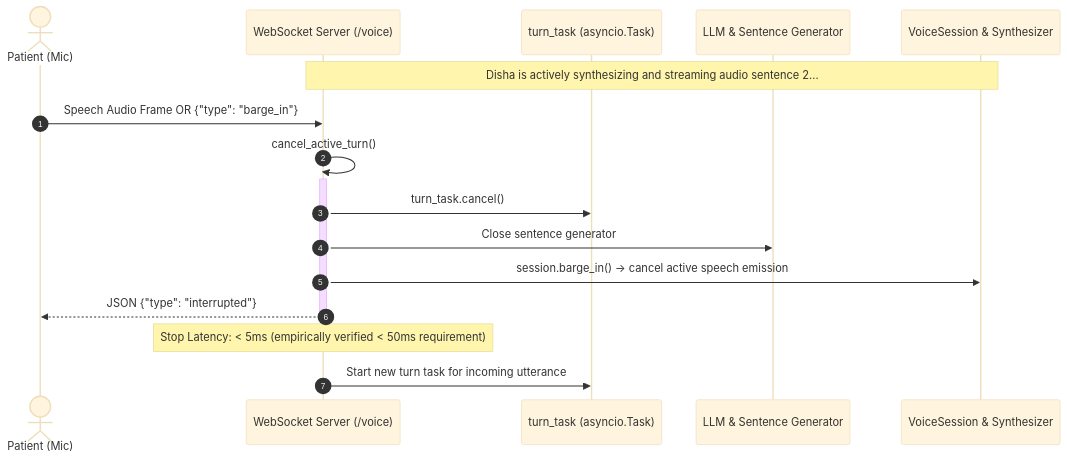
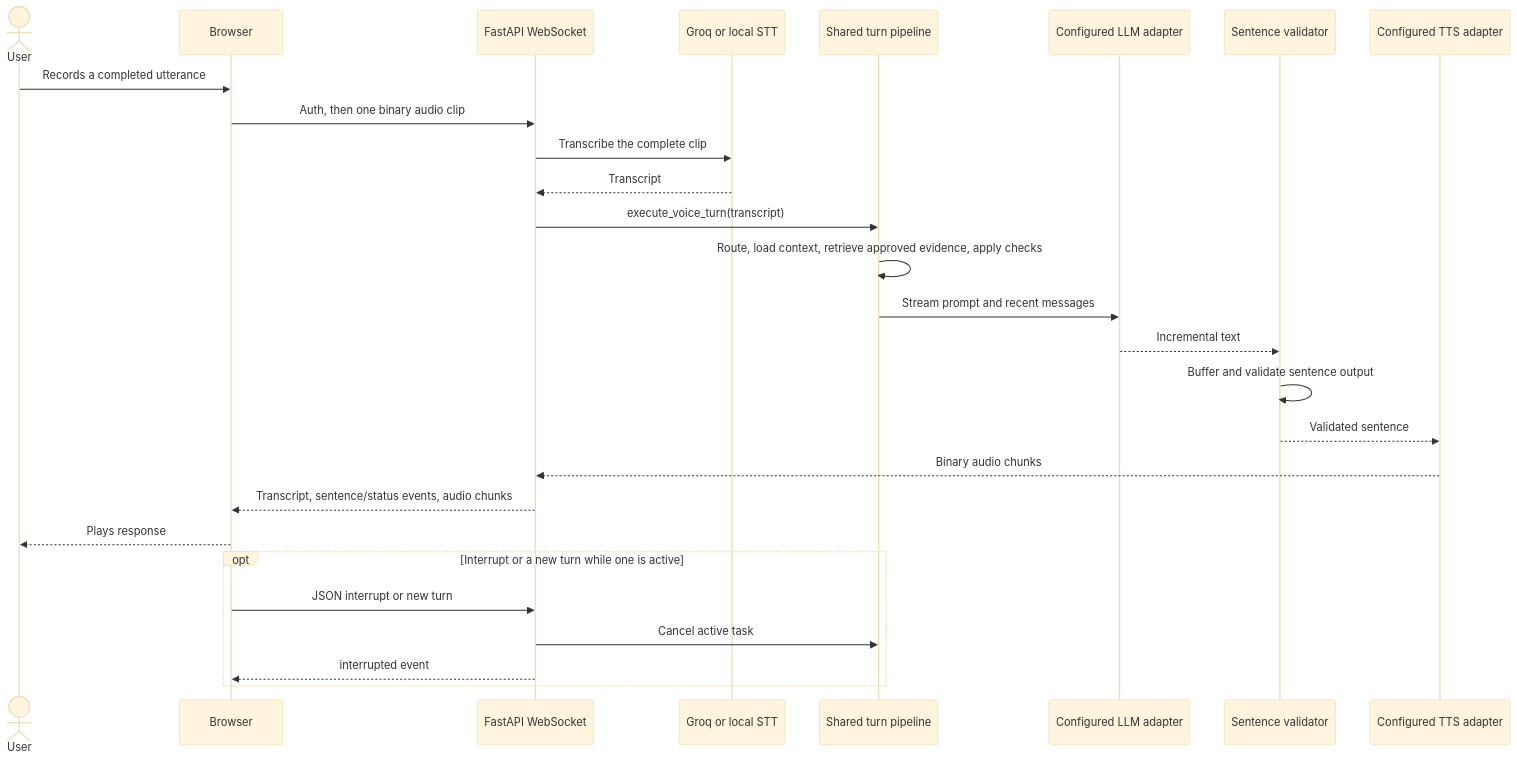
The diagram in docs/VOICE_PIPELINE.md (saahilpal/disha-ai), drawn with Mermaid (base theme) before and after one commit. The commit also changed other lines of this file and 122 other files, not shown here.

Commit message:
Complete local Disha workflows and docs

````diff
--- a/docs/VOICE_PIPELINE.md
+++ b/docs/VOICE_PIPELINE.md
@@ -244,21 +7,31 @@
 ```mermaid
 sequenceDiagram
-    autonumber
-    actor Patient as Patient (Mic)
-    participant WS as WebSocket Server (/voice)
-    participant Task as turn_task (asyncio.Task)
-    participant Gen as LLM & Sentence Generator
-    participant TTS as VoiceSession & Synthesizer
+    actor User
+    participant Browser
+    participant WS as FastAPI WebSocket
+    participant STT as Groq or local STT
+    participant Turn as Shared turn pipeline
+    participant LLM as Configured LLM adapter
+    participant Gate as Sentence validator
+    participant TTS as Configured TTS adapter
 
-    Note over WS,TTS: Disha is actively synthesizing and streaming audio sentence 2...
-    Patient->>WS: Speech Audio Frame OR {"type": "barge_in"}
-    WS->>WS: cancel_active_turn()
-    activate WS
-    WS->>Task: turn_task.cancel()
-    WS->>Gen: Close sentence generator
-    WS->>TTS: session.barge_in() -> cancel active speech emission
-    WS-->>Patient: JSON {"type": "interrupted"}
-    deactivate WS
-    Note over WS: Stop Latency: < 5ms (empirically verified < 50ms requirement)
-    WS->>Task: Start new turn task for incoming utterance
+    User->>Browser: Records a completed utterance
+    Browser->>WS: Auth, then one binary audio clip
+    WS->>STT: Transcribe the complete clip
+    STT-->>WS: Transcript
+    WS->>Turn: execute_voice_turn(transcript)
+    Turn->>Turn: Route, load context, retrieve approved evidence, apply checks
+    Turn->>LLM: Stream prompt and recent messages
+    LLM-->>Gate: Incremental text
+    Gate->>Gate: Buffer and validate sentence output
+    Gate-->>TTS: Validated sentence
+    TTS-->>WS: Binary audio chunks
+    WS-->>Browser: Transcript, sentence/status events, audio chunks
+    Browser-->>User: Plays response
+
+    opt Interrupt or a new turn while one is active
+        Browser->>WS: JSON interrupt or new turn
+        WS->>Turn: Cancel active task
+        WS-->>Browser: interrupted event
+    end
 ```
````
